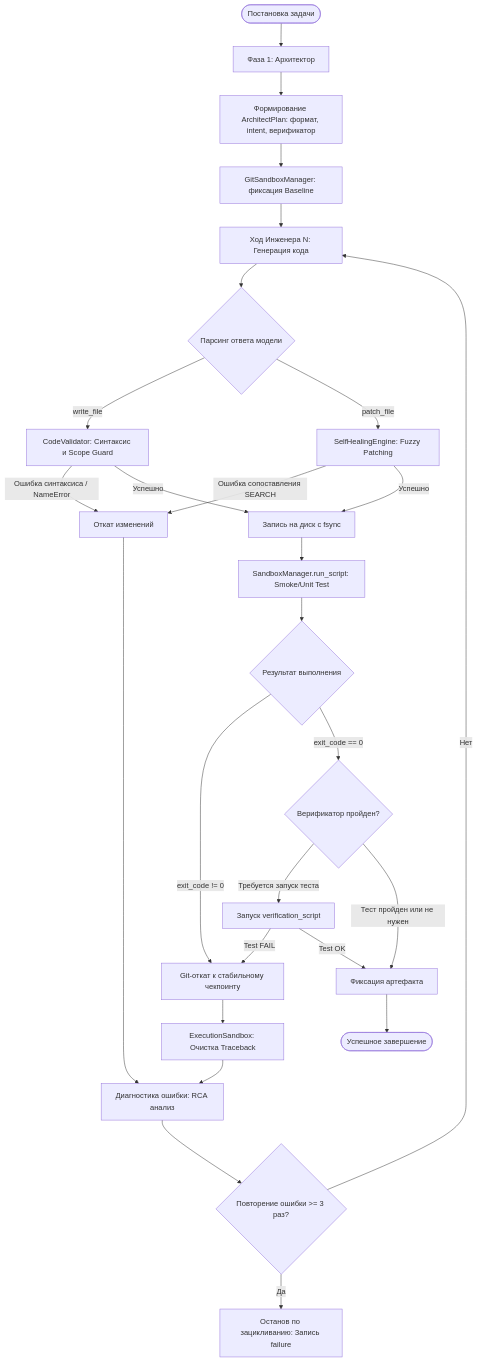
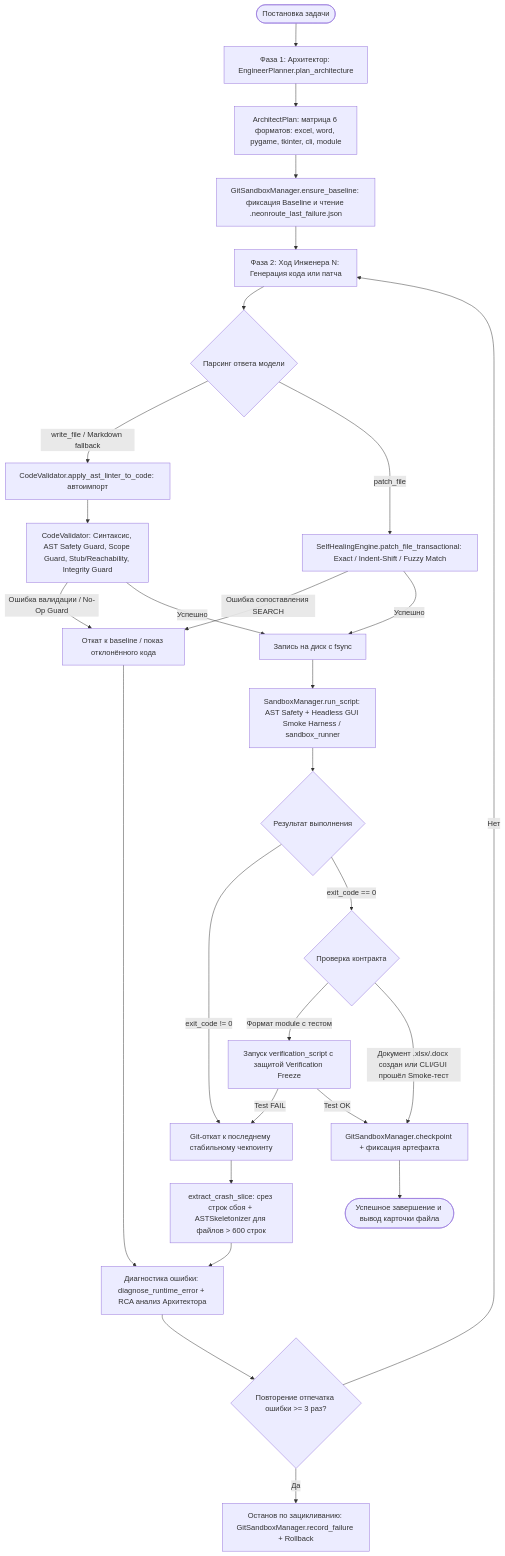
The fourth of 4 diagrams in docs/architecture.md (ZabotaOblizkih/NeonRoute), drawn with Mermaid before and after one commit. The commit also changed other lines of this file and 66 other files, not shown here.

Commit message:
chore(tests): cleanup ast benchmark artifacts and restore test_assistant_flow

````diff
--- a/docs/architecture.md
+++ b/docs/architecture.md
@@ -441,36 +492,37 @@
 ```mermaid
 flowchart TD
-    Start([Постановка задачи]) --> ArchPhase[Фаза 1: Архитектор]
-    ArchPhase --> ArchPlan[Формирование ArchitectPlan: формат, intent, верификатор]
-    ArchPlan --> GitBase[GitSandboxManager: фиксация Baseline]
-    GitBase --> EngTurn[Ход Инженера N: Генерация кода]
+    Start([Постановка задачи]) --> ArchPhase[Фаза 1: Архитектор: EngineerPlanner.plan_architecture]
+    ArchPhase --> ArchPlan[ArchitectPlan: матрица 6 форматов: excel, word, pygame, tkinter, cli, module]
+    ArchPlan --> GitBase[GitSandboxManager.ensure_baseline: фиксация Baseline и чтение .neonroute_last_failure.json]
+    GitBase --> EngTurn[Фаза 2: Ход Инженера N: Генерация кода или патча]
     
     EngTurn --> ParseTool{Парсинг ответа модели}
-    ParseTool -->|write_file| SyntaxCheck[CodeValidator: Синтаксис и Scope Guard]
-    ParseTool -->|patch_file| PatchCheck[SelfHealingEngine: Fuzzy Patching]
+    ParseTool -->|write_file / Markdown fallback| Linter[CodeValidator.apply_ast_linter_to_code: автоимпорт]
+    Linter --> SyntaxCheck[CodeValidator: Синтаксис, AST Safety Guard, Scope Guard, Stub/Reachability, Integrity Guard]
+    ParseTool -->|patch_file| PatchCheck[SelfHealingEngine.patch_file_transactional: Exact / Indent-Shift / Fuzzy Match]
     
-    SyntaxCheck -->|Ошибка синтаксиса / NameError| Rollback1[Откат изменений]
+    SyntaxCheck -->|Ошибка валидации / No-Op Guard| Rollback1[Откат к baseline / показ отклонённого кода]
     PatchCheck -->|Ошибка сопоставления SEARCH| Rollback1
-    Rollback1 --> EnrichErr[Диагностика ошибки: RCA анализ]
-    EnrichErr --> LoopCheck{Повторение ошибки >= 3 раз?}
-    LoopCheck -->|Да| LoopHalt[Останов по зацикливанию: Запись failure]
+    Rollback1 --> EnrichErr[Диагностика ошибки: diagnose_runtime_error + RCA анализ Архитектора]
+    EnrichErr --> LoopCheck{Повторение отпечатка ошибки >= 3 раз?}
+    LoopCheck -->|Да| LoopHalt[Останов по зацикливанию: GitSandboxManager.record_failure + Rollback]
     LoopCheck -->|Нет| EngTurn
 
     SyntaxCheck -->|Успешно| ApplyDisk[Запись на диск с fsync]
     PatchCheck -->|Успешно| ApplyDisk
     
-    ApplyDisk --> RunScript[SandboxManager.run_script: Smoke/Unit Test]
+    ApplyDisk --> RunScript[SandboxManager.run_script: AST Safety + Headless GUI Smoke Harness / sandbox_runner]
     RunScript --> ExecResult{Результат выполнения}
     
-    ExecResult -->|exit_code != 0| Rollback2[Git-откат к стабильному чекпоинту]
-    Rollback2 --> TracebackPrune[ExecutionSandbox: Очистка Traceback]
-    TracebackPrune --> EnrichErr
+    ExecResult -->|exit_code != 0| Rollback2[Git-откат к последнему стабильному чекпоинту]
+    Rollback2 --> CrashSlice[extract_crash_slice: срез строк сбоя + ASTSkeletonizer для файлов > 600 строк]
+    CrashSlice --> EnrichErr
     
-    ExecResult -->|exit_code == 0| VerifyContract{Верификатор пройден?}
-    VerifyContract -->|Требуется запуск теста| RunTest[Запуск verification_script]
+    ExecResult -->|exit_code == 0| VerifyContract{Проверка контракта}
+    VerifyContract -->|Формат module с тестом| RunTest[Запуск verification_script с защитой Verification Freeze]
     RunTest -->|Test FAIL| Rollback2
-    RunTest -->|Test OK| FinalArtifact[Фиксация артефакта]
-    VerifyContract -->|Тест пройден или не нужен| FinalArtifact
+    RunTest -->|Test OK| FinalArtifact[GitSandboxManager.checkpoint + фиксация артефакта]
+    VerifyContract -->|Документ .xlsx/.docx создан или CLI/GUI прошёл Smoke-тест| FinalArtifact
     
-    FinalArtifact --> Done([Успешное завершение])
+    FinalArtifact --> Done([Успешное завершение и вывод карточки файла])
 ```
````
